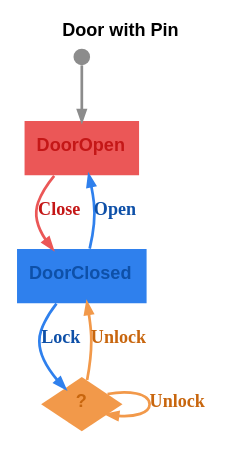
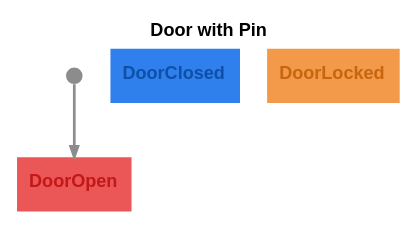
One commit to m-bock/purescript-transit changed the diagram in graphs/door-with-pin.dot. Above: the diagram before and after it, drawn with Graphviz. The commit also changed 17 other files, not shown here.

```diff
--- a/graphs/door-with-pin.dot
+++ b/graphs/door-with-pin.dot
@@ -1,15 +1,9 @@
 digraph 
 {
 rankdir = "TD";fontname = "Arial";label = <<b>Door with Pin</b>>;labelloc = "t";fontsize = 12
 DoorOpen [shape = "box", label = <<b>DoorOpen</b>>, fontsize = 12, style = "filled", fillcolor = "#eb5757", fontcolor = "#c41717", fontname = "Arial", labelloc = "c", penwidth = 0.0]
 __Start__ [shape = "circle", label = "", width = 0.15, height = 0.15, fixedsize = true, style = "filled", fillcolor = "#8c8c8c", penwidth = 0.0]
 __Start__ -> DoorOpen [color = "#8c8c8c", fontsize = 12, arrowsize = "0.7", penwidth = 1.8]
-DoorOpen -> DoorClosed [color = "#eb5757", fontcolor = "#c41717", fontsize = 12, arrowsize = "0.7", label = <<b>Close</b>>, penwidth = 1.8]
 DoorClosed [shape = "box", label = <<b>DoorClosed</b>>, fontsize = 12, style = "filled", fillcolor = "#2f80ed", fontcolor = "#0e50a8", fontname = "Arial", labelloc = "c", penwidth = 0.0]
-DoorClosed -> DoorLocked [color = "#2f80ed", fontcolor = "#0e50a8", fontsize = 12, arrowsize = "0.7", label = <<b>Lock</b>>, penwidth = 1.8]
-DoorClosed -> DoorOpen [color = "#2f80ed", fontcolor = "#0e50a8", fontsize = 12, arrowsize = "0.7", label = <<b>Open</b>>, penwidth = 1.8]
 DoorLocked [shape = "box", label = <<b>DoorLocked</b>>, fontsize = 12, style = "filled", fillcolor = "#f2994a", fontcolor = "#c8660e", fontname = "Arial", labelloc = "c", penwidth = 0.0]
-DoorLocked [shape = "diamond", label = <<b>?</b>>, fontsize = 12, style = "filled", fontcolor = "#c8660e", fontname = "Arial"]
-DoorLocked -> DoorClosed [color = "#f2994a", fontcolor = "#c8660e", fontsize = 12, arrowsize = "0.7", label = <<b>Unlock</b>>, penwidth = 1.8]
-DoorLocked -> DoorLocked [color = "#f2994a", fontcolor = "#c8660e", fontsize = 12, arrowsize = "0.7", label = <<b>Unlock</b>>, penwidth = 1.8]
 }
```
